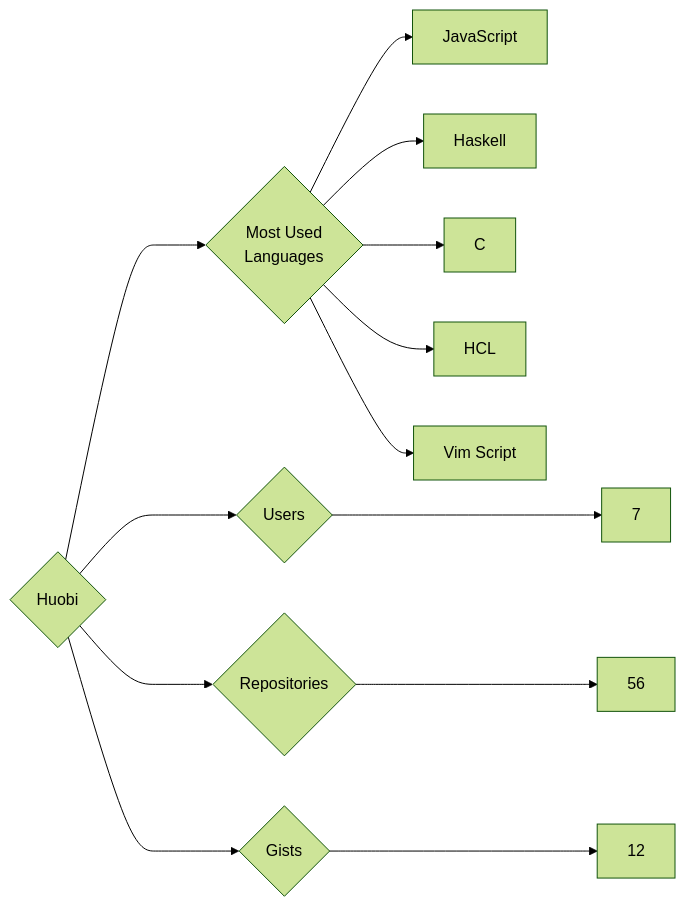
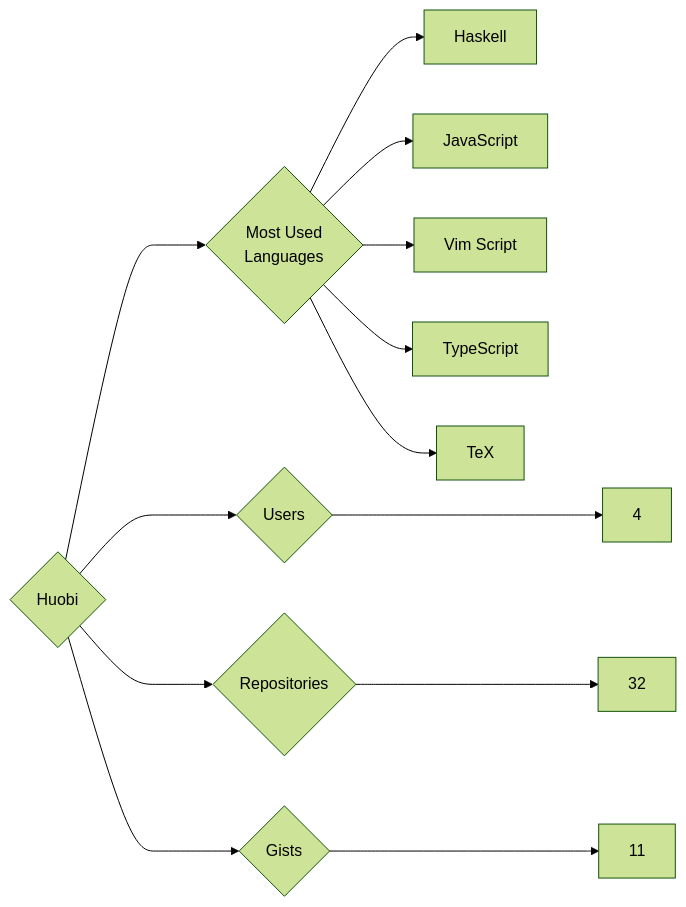
The diagram in targets/Huobi/README.md (trickest/insiders), drawn with Mermaid (forest theme) before and after one commit. The commit also changed 1036 other files, not shown here.

````diff
--- a/targets/Huobi/README.md
+++ b/targets/Huobi/README.md
@@ -3,13 +3,13 @@
 ```mermaid
 graph LR
 COMPANY_NAME{Huobi}
-COMPANY_NAME ---> U{Users} ---> UN[7]
-COMPANY_NAME ---> R{Repositories} ---> RN[56]
-COMPANY_NAME ---> G{Gists} ---> GN[12]
+COMPANY_NAME ---> U{Users} ---> UN[4]
+COMPANY_NAME ---> R{Repositories} ---> RN[32]
+COMPANY_NAME ---> G{Gists} ---> GN[11]
 COMPANY_NAME ---> ML{Most Used<br>Languages}
+ML --> Haskell[Haskell]
 ML --> JavaScript[JavaScript]
-ML --> Haskell[Haskell]
-ML --> C[C]
-ML --> HCL[HCL]
 ML --> Vim_Script[Vim Script]
+ML --> TypeScript[TypeScript]
+ML --> TeX[TeX]
 ```
````
